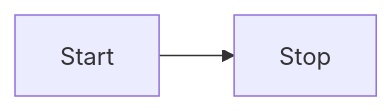
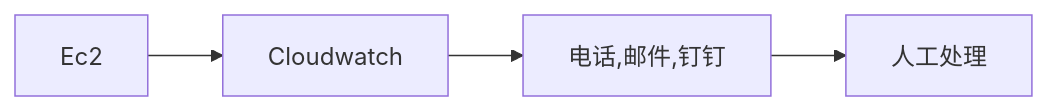
One commit to yuyiwei305/yuyiwei305.github.io changed the first of 2 diagrams in source/_posts/利用AWS-EventBridge-实现故障自愈.md. Above: the diagram before and after it, drawn with Mermaid. The commit also changed other lines of this file, not shown here.

````diff
--- a/source/_posts/利用AWS-EventBridge-实现故障自愈.md
+++ b/source/_posts/利用AWS-EventBridge-实现故障自愈.md
@@ -13,4 +14,4 @@
 ```mermaid
 graph LR
-    Start --> Stop
+    Ec2 --> Cloudwatch --> 电话,邮件,钉钉 --> 人工处理
 ```
````
